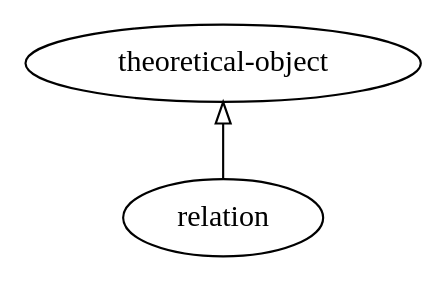
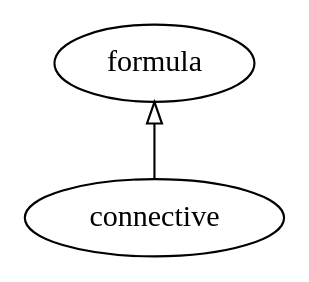
Before and after one commit to daviddoret/punctilious: the diagram in docs/source/math/concept/relation_math_concept.rst, drawn with Graphviz. The commit also changed other lines of this file and 121 other files, not shown here.

```diff
--- a/docs/source/math/concept/relation_math_concept.rst
+++ b/docs/source/math/concept/relation_math_concept.rst
@@ -28,6 +28,6 @@
 .. graphviz::
 
-   digraph relation {
+   digraph connective {
         rankdir = BT;
-        "relation" -> "theoretical-object" [arrowhead=onormal];
+        "connective" -> "formula" [arrowhead=onormal];
    }
```
